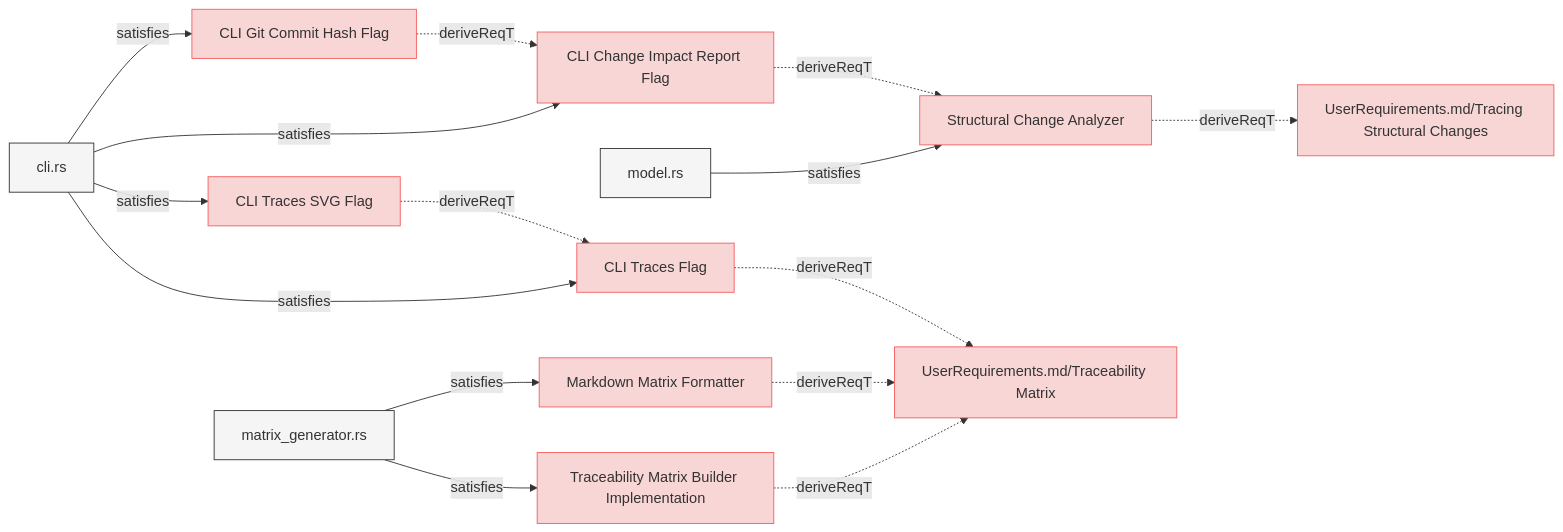
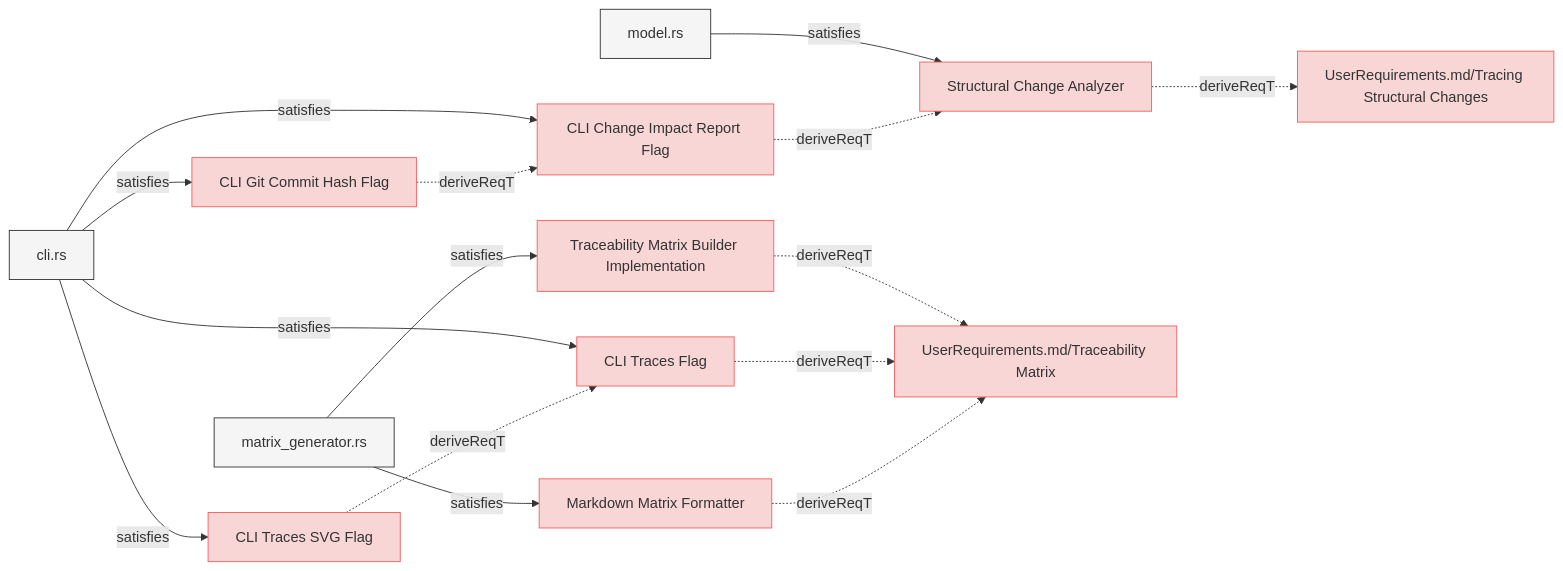
The sixth of 8 diagrams in specifications/SystemRequirements/Requirements.md (reqvire-org/reqvire), drawn with Mermaid before and after one commit. The commit also changed other lines of this file and 22 other files, not shown here.

````diff
--- a/specifications/SystemRequirements/Requirements.md
+++ b/specifications/SystemRequirements/Requirements.md
@@ -710,59 +710,59 @@
 ```mermaid
 graph LR;
   %% Graph styling
   classDef requirement fill:#f9d6d6,stroke:#f55f5f,stroke-width:1px;
   classDef verification fill:#d6f9d6,stroke:#5fd75f,stroke-width:1px;
   classDef externalLink fill:#d0e0ff,stroke:#3080ff,stroke-width:1px;
   classDef default fill:#f5f5f5,stroke:#333333,stroke-width:1px;
 
-  79259d512a5c44a6["CLI Git Commit Hash Flag"];
-  click 79259d512a5c44a6 "https://github.com/Reqvire/reqvire/blob/667635d4628fed400323f7df3689af2dbc2ad666/specifications/SystemRequirements/Requirements.md#cli-git-commit-hash-flag";
-  class 79259d512a5c44a6 requirement;
-  c020978403254f09["CLI Change Impact Report Flag"];
-  class c020978403254f09 requirement;
-  click c020978403254f09 "https://github.com/Reqvire/reqvire/blob/667635d4628fed400323f7df3689af2dbc2ad666/specifications/SystemRequirements/Requirements.md#cli-change-impact-report-flag";
-  79259d512a5c44a6 -.->|deriveReqT| c020978403254f09;
-  2f21d2133dbfd205["cli.rs"];
-  class 2f21d2133dbfd205 default;
-  click 2f21d2133dbfd205 "https://github.com/Reqvire/reqvire/blob/667635d4628fed400323f7df3689af2dbc2ad666/cli/src/cli.rs";
-  2f21d2133dbfd205 -->|satisfies| 79259d512a5c44a6;
   48e08ff33bc860c5["Structural Change Analyzer"];
+  click 48e08ff33bc860c5 "https://github.com/Reqvire/reqvire/blob/ad88ba6b828e94c93382866fefd058c011c1ac60/specifications/SystemRequirements/Requirements.md#structural-change-analyzer";
   class 48e08ff33bc860c5 requirement;
-  click 48e08ff33bc860c5 "https://github.com/Reqvire/reqvire/blob/667635d4628fed400323f7df3689af2dbc2ad666/specifications/SystemRequirements/Requirements.md#structural-change-analyzer";
-  c020978403254f09 -.->|deriveReqT| 48e08ff33bc860c5;
-  2f21d2133dbfd205 -->|satisfies| c020978403254f09;
   9b9c33c7182d6eeb["UserRequirements.md/Tracing Structural Changes"];
   class 9b9c33c7182d6eeb requirement;
-  click 9b9c33c7182d6eeb "https://github.com/Reqvire/reqvire/blob/667635d4628fed400323f7df3689af2dbc2ad666/specifications/UserRequirements.md#tracing-structural-changes";
+  click 9b9c33c7182d6eeb "https://github.com/Reqvire/reqvire/blob/ad88ba6b828e94c93382866fefd058c011c1ac60/specifications/UserRequirements.md#tracing-structural-changes";
   48e08ff33bc860c5 -.->|deriveReqT| 9b9c33c7182d6eeb;
   76acbdfdc0fba01e["model.rs"];
   class 76acbdfdc0fba01e default;
-  click 76acbdfdc0fba01e "https://github.com/Reqvire/reqvire/blob/667635d4628fed400323f7df3689af2dbc2ad666/core/src/change_impact.rs";
+  click 76acbdfdc0fba01e "https://github.com/Reqvire/reqvire/blob/ad88ba6b828e94c93382866fefd058c011c1ac60/core/src/change_impact.rs";
   76acbdfdc0fba01e -->|satisfies| 48e08ff33bc860c5;
+  c020978403254f09["CLI Change Impact Report Flag"];
+  click c020978403254f09 "https://github.com/Reqvire/reqvire/blob/ad88ba6b828e94c93382866fefd058c011c1ac60/specifications/SystemRequirements/Requirements.md#cli-change-impact-report-flag";
+  class c020978403254f09 requirement;
+  c020978403254f09 -.->|deriveReqT| 48e08ff33bc860c5;
+  2f21d2133dbfd205["cli.rs"];
+  class 2f21d2133dbfd205 default;
+  click 2f21d2133dbfd205 "https://github.com/Reqvire/reqvire/blob/ad88ba6b828e94c93382866fefd058c011c1ac60/cli/src/cli.rs";
+  2f21d2133dbfd205 -->|satisfies| c020978403254f09;
+  a8066f495e5ed5dd["Traceability Matrix Builder Implementation"];
+  click a8066f495e5ed5dd "https://github.com/Reqvire/reqvire/blob/ad88ba6b828e94c93382866fefd058c011c1ac60/specifications/SystemRequirements/Requirements.md#traceability-matrix-builder-implementation";
+  class a8066f495e5ed5dd requirement;
+  c5b8a7944b6943e2["UserRequirements.md/Traceability Matrix"];
+  class c5b8a7944b6943e2 requirement;
+  click c5b8a7944b6943e2 "https://github.com/Reqvire/reqvire/blob/ad88ba6b828e94c93382866fefd058c011c1ac60/specifications/UserRequirements.md#traceability-matrix";
+  a8066f495e5ed5dd -.->|deriveReqT| c5b8a7944b6943e2;
+  4966ff561112ec56["matrix_generator.rs"];
+  class 4966ff561112ec56 default;
+  click 4966ff561112ec56 "https://github.com/Reqvire/reqvire/blob/ad88ba6b828e94c93382866fefd058c011c1ac60/core/src/matrix_generator.rs";
+  4966ff561112ec56 -->|satisfies| a8066f495e5ed5dd;
+  cdab2d3174ce86a9["CLI Traces Flag"];
+  click cdab2d3174ce86a9 "https://github.com/Reqvire/reqvire/blob/ad88ba6b828e94c93382866fefd058c011c1ac60/specifications/SystemRequirements/Requirements.md#cli-traces-flag";
+  class cdab2d3174ce86a9 requirement;
+  cdab2d3174ce86a9 -.->|deriveReqT| c5b8a7944b6943e2;
+  2f21d2133dbfd205 -->|satisfies| cdab2d3174ce86a9;
+  79259d512a5c44a6["CLI Git Commit Hash Flag"];
+  click 79259d512a5c44a6 "https://github.com/Reqvire/reqvire/blob/ad88ba6b828e94c93382866fefd058c011c1ac60/specifications/SystemRequirements/Requirements.md#cli-git-commit-hash-flag";
+  class 79259d512a5c44a6 requirement;
+  79259d512a5c44a6 -.->|deriveReqT| c020978403254f09;
+  2f21d2133dbfd205 -->|satisfies| 79259d512a5c44a6;
+  3b2f98c43f1ed3bb["Markdown Matrix Formatter"];
+  click 3b2f98c43f1ed3bb "https://github.com/Reqvire/reqvire/blob/ad88ba6b828e94c93382866fefd058c011c1ac60/specifications/SystemRequirements/Requirements.md#markdown-matrix-formatter";
+  class 3b2f98c43f1ed3bb requirement;
+  3b2f98c43f1ed3bb -.->|deriveReqT| c5b8a7944b6943e2;
+  4966ff561112ec56 -->|satisfies| 3b2f98c43f1ed3bb;
   a0943a440707d910["CLI Traces SVG Flag"];
-  click a0943a440707d910 "https://github.com/Reqvire/reqvire/blob/667635d4628fed400323f7df3689af2dbc2ad666/specifications/SystemRequirements/Requirements.md#cli-traces-svg-flag";
+  click a0943a440707d910 "https://github.com/Reqvire/reqvire/blob/ad88ba6b828e94c93382866fefd058c011c1ac60/specifications/SystemRequirements/Requirements.md#cli-traces-svg-flag";
   class a0943a440707d910 requirement;
-  cdab2d3174ce86a9["CLI Traces Flag"];
-  class cdab2d3174ce86a9 requirement;
-  click cdab2d3174ce86a9 "https://github.com/Reqvire/reqvire/blob/667635d4628fed400323f7df3689af2dbc2ad666/specifications/SystemRequirements/Requirements.md#cli-traces-flag";
   a0943a440707d910 -.->|deriveReqT| cdab2d3174ce86a9;
   2f21d2133dbfd205 -->|satisfies| a0943a440707d910;
-  c5b8a7944b6943e2["UserRequirements.md/Traceability Matrix"];
-  class c5b8a7944b6943e2 requirement;
-  click c5b8a7944b6943e2 "https://github.com/Reqvire/reqvire/blob/667635d4628fed400323f7df3689af2dbc2ad666/specifications/UserRequirements.md#traceability-matrix";
-  cdab2d3174ce86a9 -.->|deriveReqT| c5b8a7944b6943e2;
-  2f21d2133dbfd205 -->|satisfies| cdab2d3174ce86a9;
-  3b2f98c43f1ed3bb["Markdown Matrix Formatter"];
-  click 3b2f98c43f1ed3bb "https://github.com/Reqvire/reqvire/blob/667635d4628fed400323f7df3689af2dbc2ad666/specifications/SystemRequirements/Requirements.md#markdown-matrix-formatter";
-  class 3b2f98c43f1ed3bb requirement;
-  3b2f98c43f1ed3bb -.->|deriveReqT| c5b8a7944b6943e2;
-  4966ff561112ec56["matrix_generator.rs"];
-  class 4966ff561112ec56 default;
-  click 4966ff561112ec56 "https://github.com/Reqvire/reqvire/blob/667635d4628fed400323f7df3689af2dbc2ad666/core/src/matrix_generator.rs";
-  4966ff561112ec56 -->|satisfies| 3b2f98c43f1ed3bb;
-  a8066f495e5ed5dd["Traceability Matrix Builder Implementation"];
-  click a8066f495e5ed5dd "https://github.com/Reqvire/reqvire/blob/667635d4628fed400323f7df3689af2dbc2ad666/specifications/SystemRequirements/Requirements.md#traceability-matrix-builder-implementation";
-  class a8066f495e5ed5dd requirement;
-  a8066f495e5ed5dd -.->|deriveReqT| c5b8a7944b6943e2;
-  4966ff561112ec56 -->|satisfies| a8066f495e5ed5dd;
 ```
````
